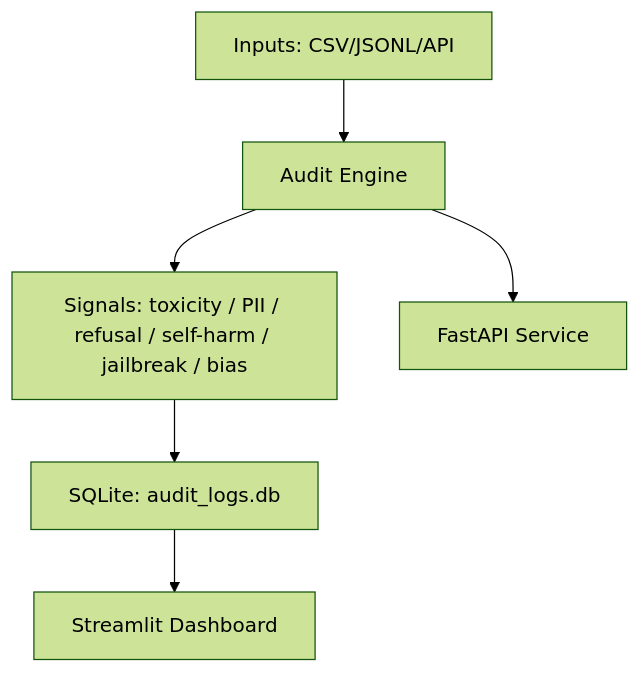
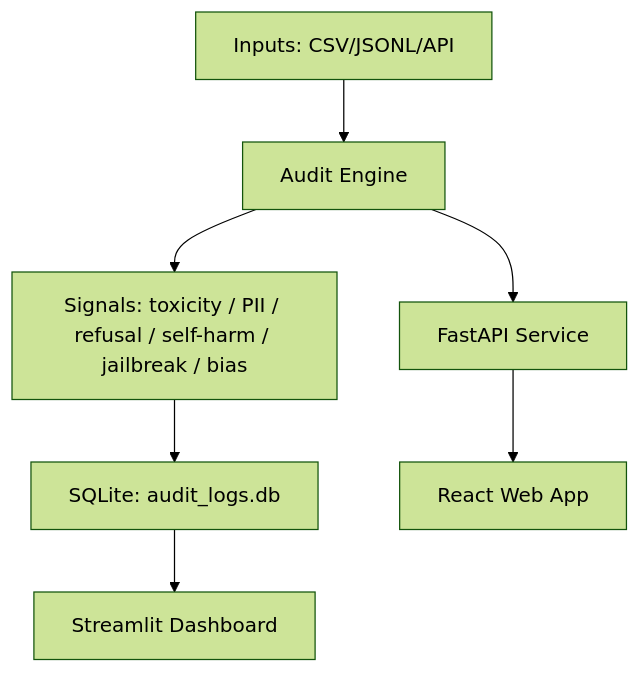
One commit to becahill/Sentinel-Pro changed the diagram in README.md. Above: the diagram before and after it, drawn with Mermaid (forest theme). The commit also changed other lines of this file and 43 other files, not shown here.

````diff
--- a/README.md
+++ b/README.md
@@ -40,8 +60,9 @@
 ```mermaid
 graph TD
   A[Inputs: CSV/JSONL/API] --> B[Audit Engine]
   B --> C[Signals: toxicity / PII / refusal / self-harm / jailbreak / bias]
   C --> D[SQLite: audit_logs.db]
   D --> E[Streamlit Dashboard]
   B --> F[FastAPI Service]
+  F --> G[React Web App]
 ```
````
